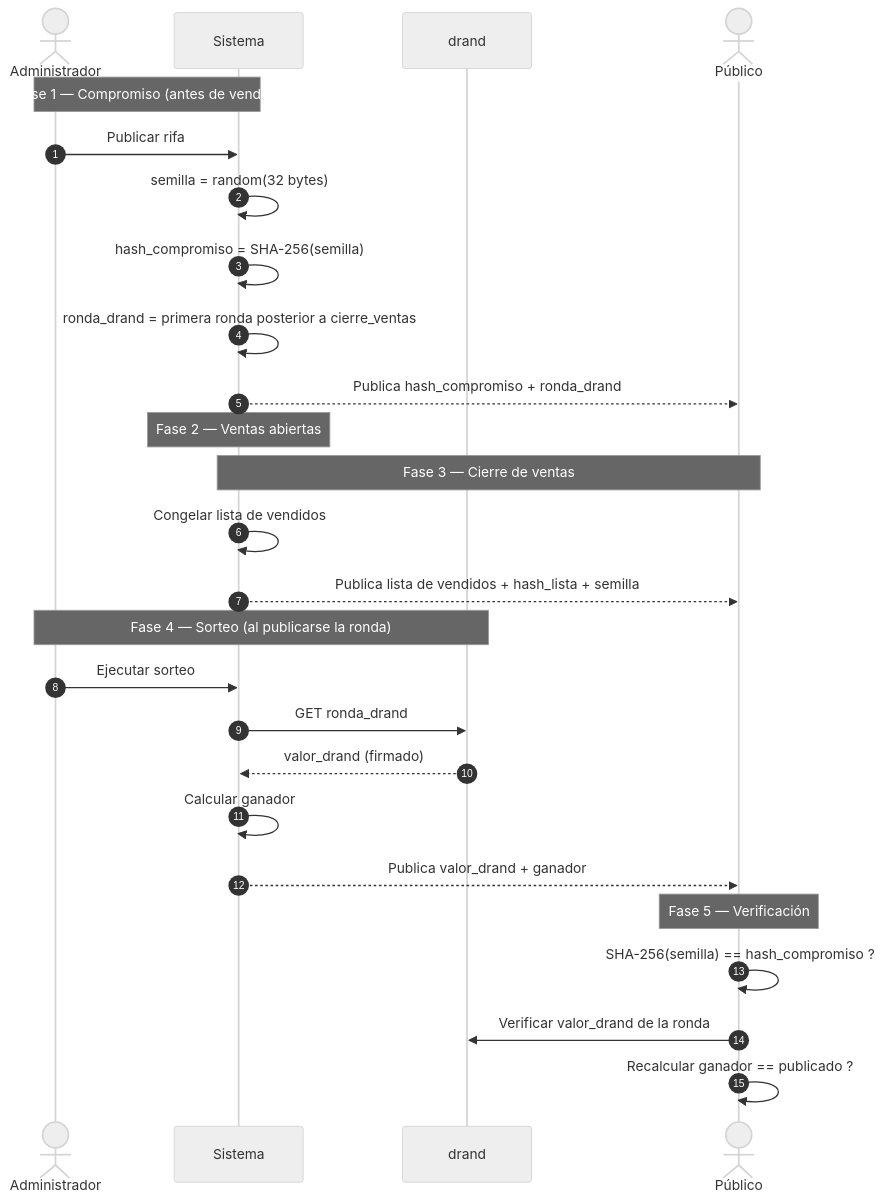
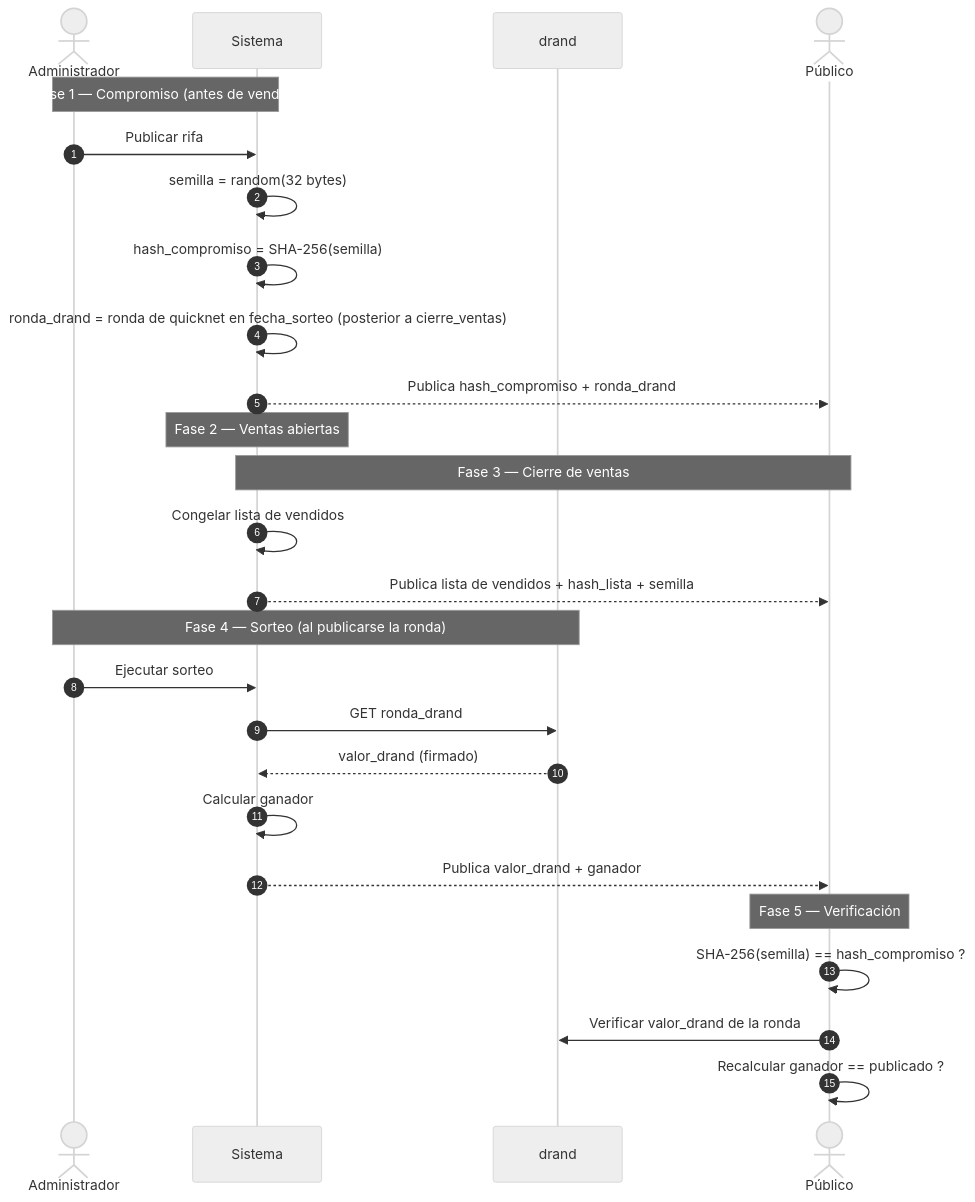
The ninth of 12 diagrams in DOCS/RIFAS/ESPECIFICACIONES-RIFAS.md (kanoso/ecommcerce-saas-sonet), drawn with Mermaid (neutral theme) before and after one commit. The commit also changed other lines of this file and 444 other files, not shown here.

````diff
--- a/DOCS/RIFAS/ESPECIFICACIONES-RIFAS.md
+++ b/DOCS/RIFAS/ESPECIFICACIONES-RIFAS.md
@@ -436,33 +512,33 @@
 ```mermaid
 sequenceDiagram
     autonumber
     actor A as Administrador
     participant S as Sistema
     participant DR as drand
     actor P as Público
 
     Note over A,S: Fase 1 — Compromiso (antes de vender)
     A->>S: Publicar rifa
     S->>S: semilla = random(32 bytes)
     S->>S: hash_compromiso = SHA-256(semilla)
-    S->>S: ronda_drand = primera ronda posterior a cierre_ventas
+    S->>S: ronda_drand = ronda de quicknet en fecha_sorteo (posterior a cierre_ventas)
     S-->>P: Publica hash_compromiso + ronda_drand
 
     Note over S: Fase 2 — Ventas abiertas
 
     Note over S,P: Fase 3 — Cierre de ventas
     S->>S: Congelar lista de vendidos
     S-->>P: Publica lista de vendidos + hash_lista + semilla
 
     Note over A,DR: Fase 4 — Sorteo (al publicarse la ronda)
     A->>S: Ejecutar sorteo
     S->>DR: GET ronda_drand
     DR-->>S: valor_drand (firmado)
     S->>S: Calcular ganador
     S-->>P: Publica valor_drand + ganador
 
     Note over P: Fase 5 — Verificación
     P->>P: SHA-256(semilla) == hash_compromiso ?
     P->>DR: Verificar valor_drand de la ronda
     P->>P: Recalcular ganador == publicado ?
 ```
````
